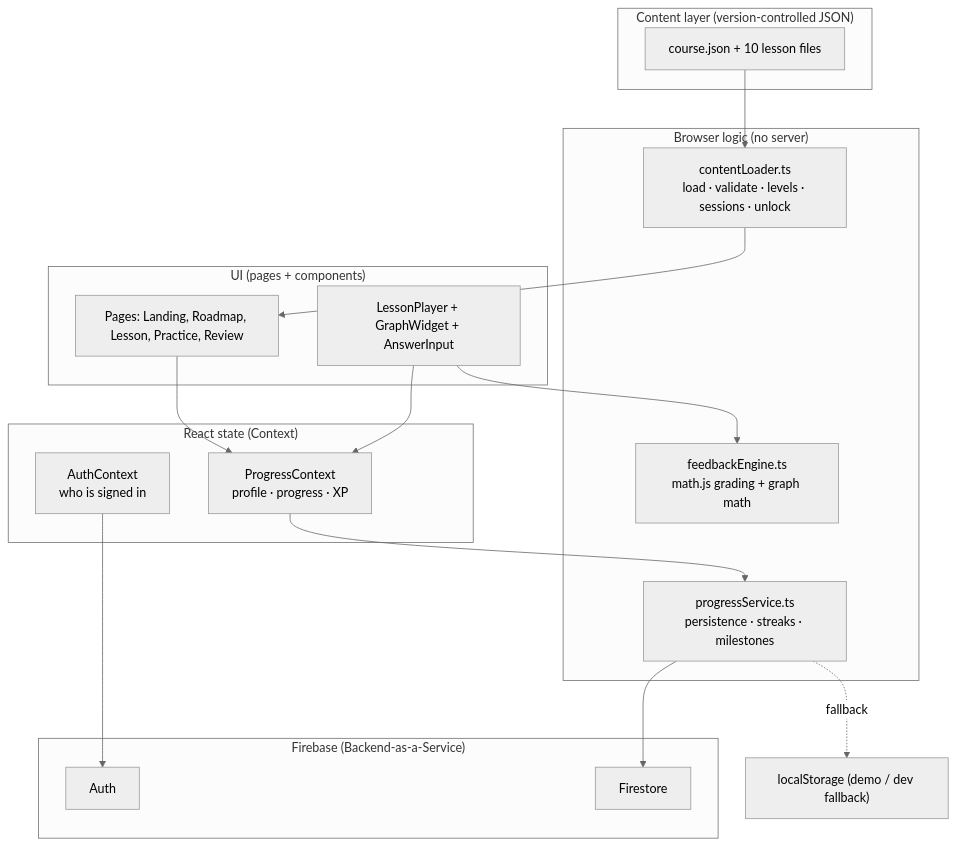
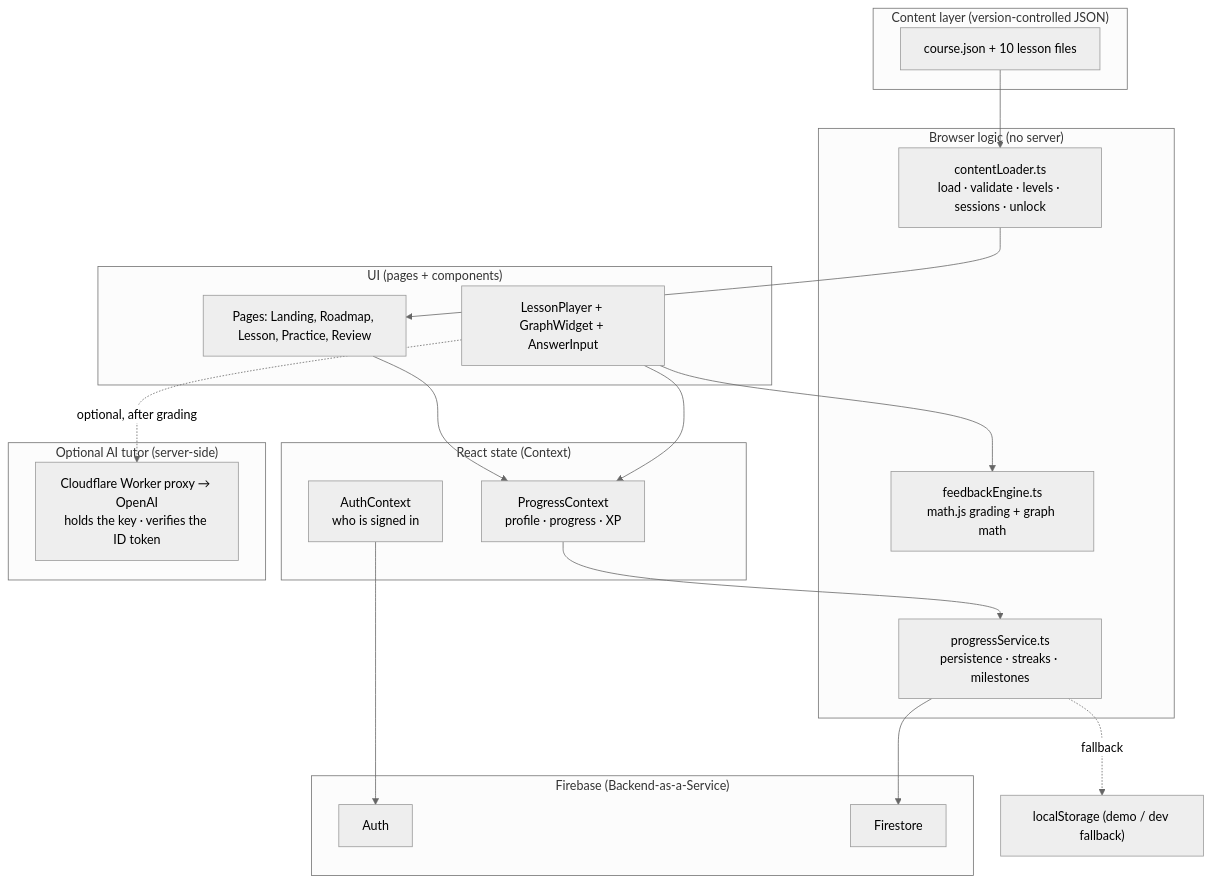
One commit to GMatherne/Calculus-Lab changed the first of 3 diagrams in OVERVIEW.md. Above: the diagram before and after it, drawn with Mermaid (neutral theme). The commit also changed other lines of this file, not shown here.

Commit message:
docs: sync OVERVIEW with current app state (OpenAI Worker tutor, reference sheet, session insights)

````diff
--- a/OVERVIEW.md
+++ b/OVERVIEW.md
@@ -188,32 +201,36 @@
 ```mermaid
 flowchart TD
     subgraph Content["Content layer (version-controlled JSON)"]
         C1["course.json + 10 lesson files"]
     end
     subgraph Logic["Browser logic (no server)"]
         L1["contentLoader.ts<br/>load · validate · levels · sessions · unlock"]
         L2["feedbackEngine.ts<br/>math.js grading + graph math"]
         L3["progressService.ts<br/>persistence · streaks · milestones"]
     end
     subgraph State["React state (Context)"]
         S1["AuthContext<br/>who is signed in"]
         S2["ProgressContext<br/>profile · progress · XP"]
     end
     subgraph UI["UI (pages + components)"]
         U1["Pages: Landing, Roadmap, Lesson, Practice, Review"]
         U2["LessonPlayer + GraphWidget + AnswerInput"]
     end
     subgraph BaaS["Firebase (Backend-as-a-Service)"]
         F1["Auth"]
         F2["Firestore"]
     end
+    subgraph Tutor["Optional AI tutor (server-side)"]
+        T1["Cloudflare Worker proxy → OpenAI<br/>holds the key · verifies the ID token"]
+    end
 
     C1 --> L1 --> U1
     U2 --> L2
     S2 --> L3 --> F2
     S1 --> F1
     U1 --> S2
     U2 --> S2
+    U2 -.optional, after grading.-> T1
     S3["localStorage (demo / dev fallback)"]
     L3 -.fallback.-> S3
 ```
````
